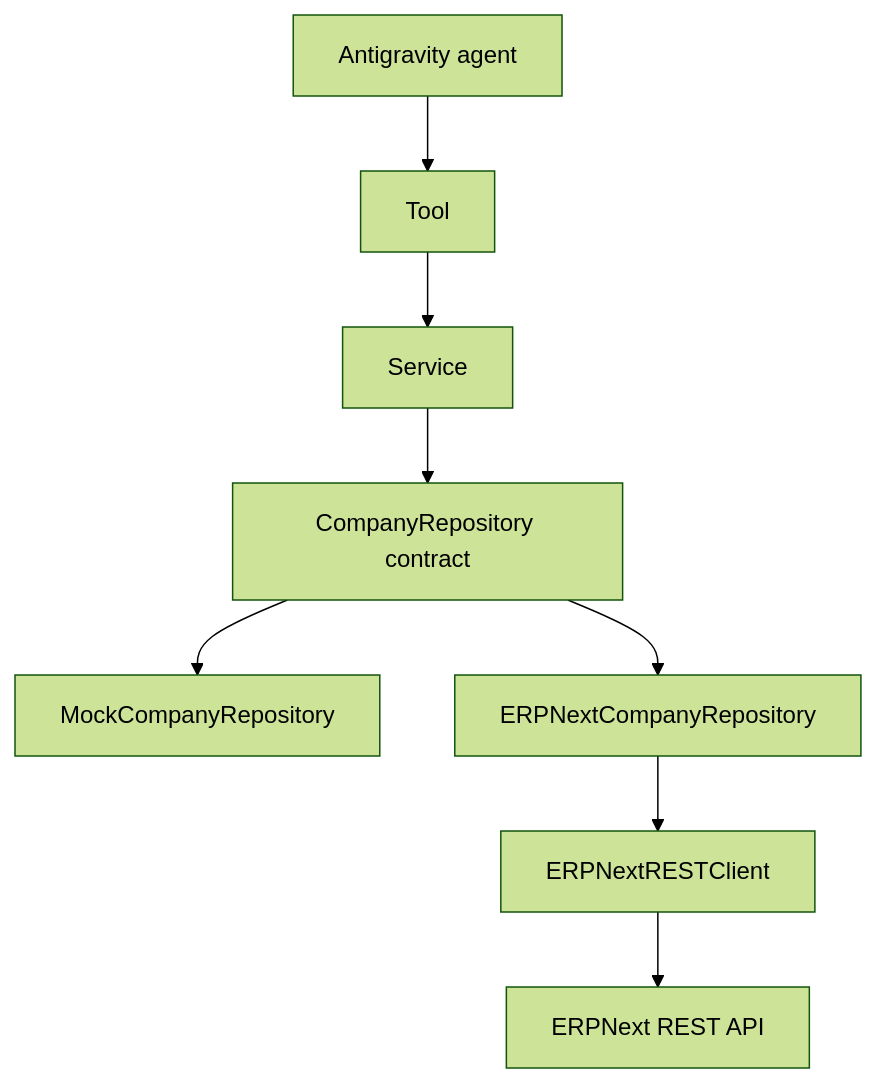
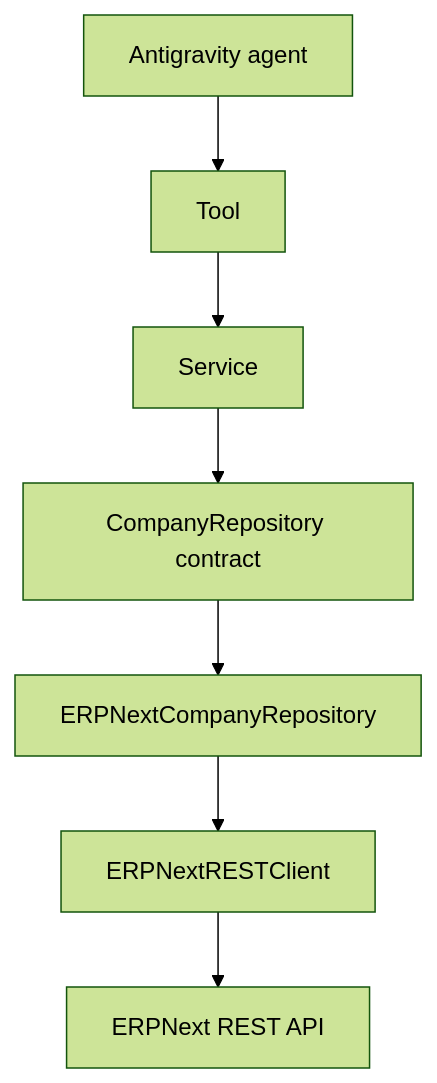
One commit to dapgit/ERPNextAgent changed the diagram in docs/architecture/future-erpnext.md. Above: the diagram before and after it, drawn with Mermaid (forest theme). The commit also changed other lines of this file and 24 other files, not shown here.

````diff
--- a/docs/architecture/future-erpnext.md
+++ b/docs/architecture/future-erpnext.md
@@ -14,10 +14,9 @@
 ```mermaid
 flowchart TD
   A[Antigravity agent] --> T[Tool]
   T --> S[Service]
   S --> P[CompanyRepository contract]
-  P --> M[MockCompanyRepository]
   P --> R[ERPNextCompanyRepository]
   R --> C[ERPNextRESTClient]
   C --> E[ERPNext REST API]
 ```
````
